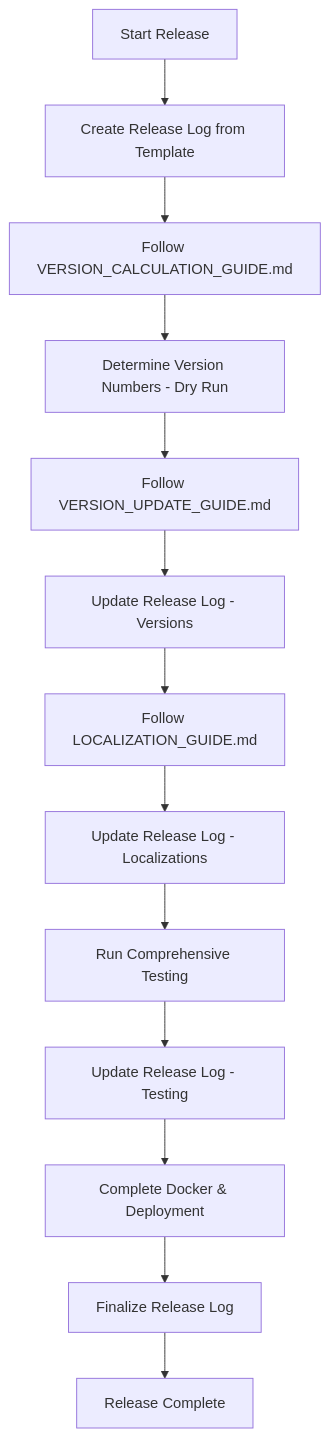
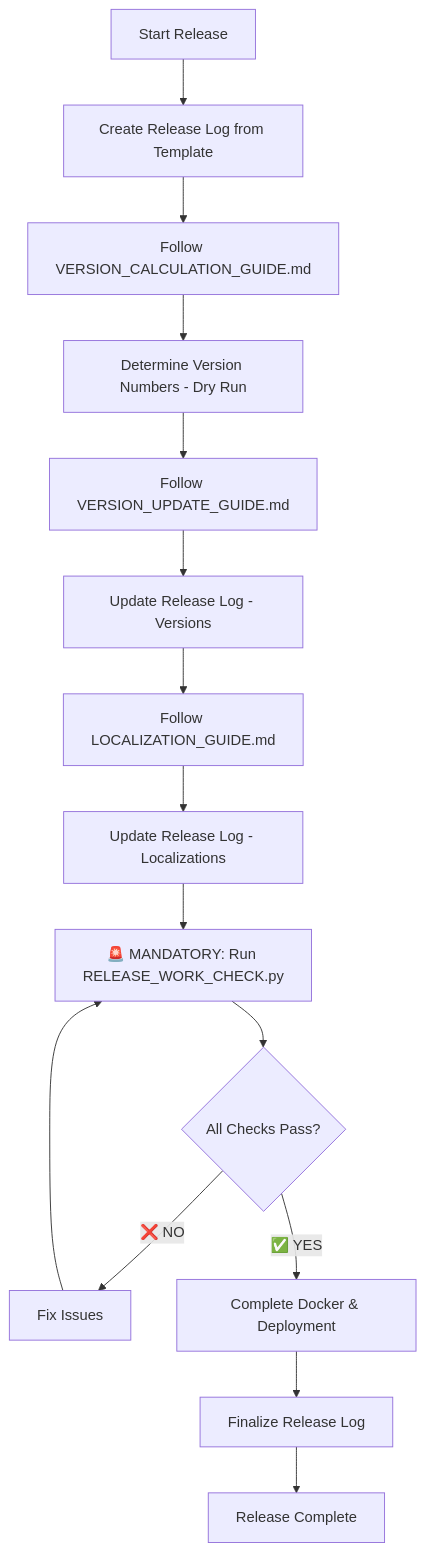
One commit to Fujio-Turner/cb_completed_request changed the diagram in settings/RELEASE_GUIDE.md. Above: the diagram before and after it, drawn with Mermaid. The commit also changed other lines of this file and 41 other files, not shown here.

````diff
--- a/settings/RELEASE_GUIDE.md
+++ b/settings/RELEASE_GUIDE.md
@@ -186,15 +228,17 @@
 ```mermaid
 graph TD
     A[Start Release] --> B[Create Release Log from Template]
     B --> C[Follow VERSION_CALCULATION_GUIDE.md]
     C --> D[Determine Version Numbers - Dry Run]
     D --> E[Follow VERSION_UPDATE_GUIDE.md]
     E --> F[Update Release Log - Versions]
     F --> G[Follow LOCALIZATION_GUIDE.md] 
     G --> H[Update Release Log - Localizations]
-    H --> I[Run Comprehensive Testing]
-    I --> J[Update Release Log - Testing]
-    J --> K[Complete Docker & Deployment]
-    K --> L[Finalize Release Log]
-    L --> M[Release Complete]
+    H --> I[🚨 MANDATORY: Run RELEASE_WORK_CHECK.py]
+    I --> J{All Checks Pass?}
+    J -->|❌ NO| K[Fix Issues]
+    K --> I
+    J -->|✅ YES| L[Complete Docker & Deployment]
+    L --> M[Finalize Release Log]
+    M --> N[Release Complete]
 ```
````
